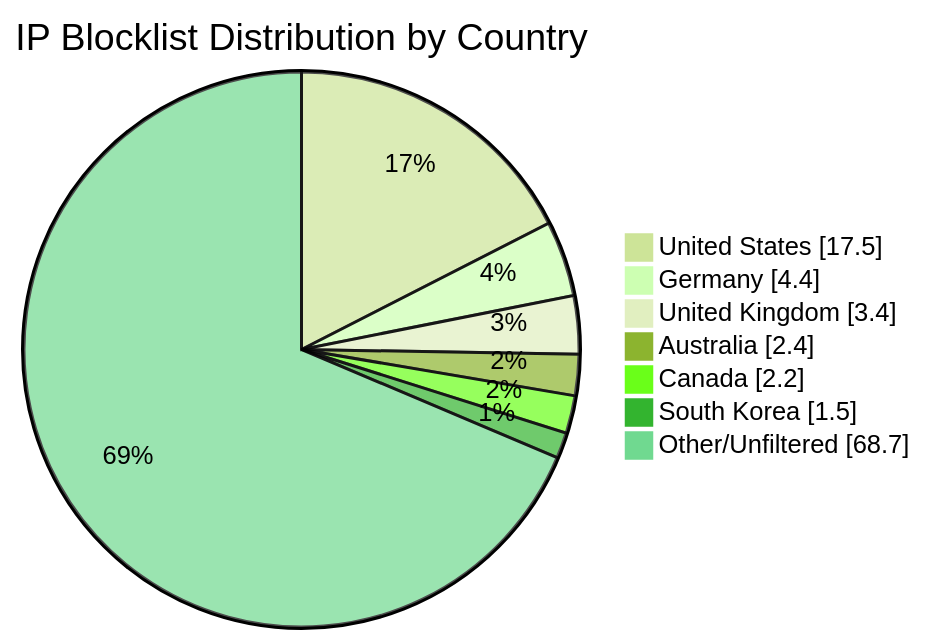
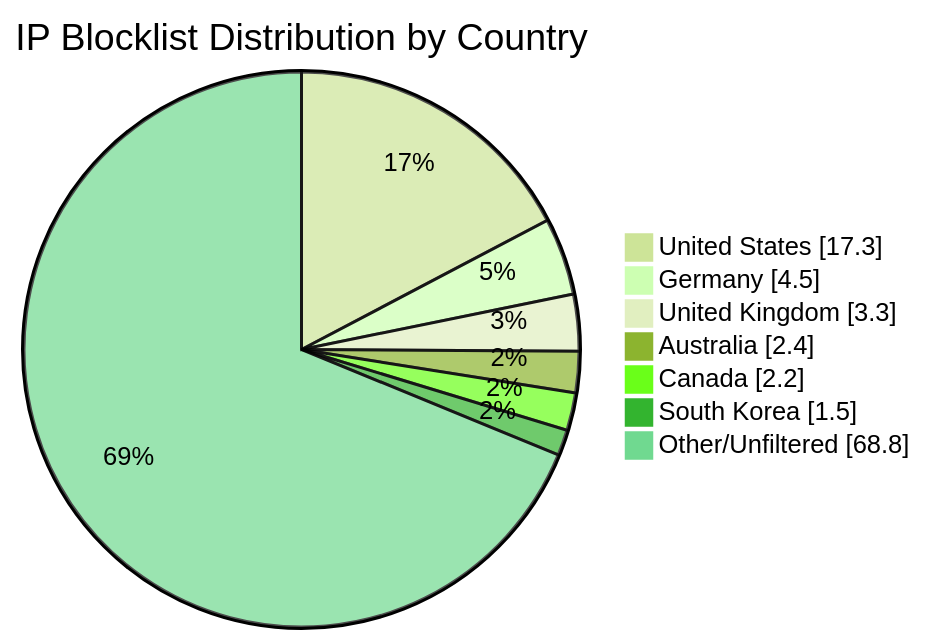
Before and after one commit to MarcusHoltz/ipblocklist-geofiltered-aggregator: the diagram in README.md, drawn with Mermaid (forest theme). The commit also changed other lines of this file and 9 other files, not shown here.

````diff
--- a/README.md
+++ b/README.md
@@ -34,10 +34,10 @@
 ```mermaid
 pie showData title IP Blocklist Distribution by Country
-"United States" : 17.5
-"Germany" : 4.4
-"United Kingdom" : 3.4
+"United States" : 17.3
+"Germany" : 4.5
+"United Kingdom" : 3.3
 "Australia" : 2.4
 "Canada" : 2.2
 "South Korea" : 1.5
-"Other/Unfiltered" : 68.7
+"Other/Unfiltered" : 68.8
 ```
````
